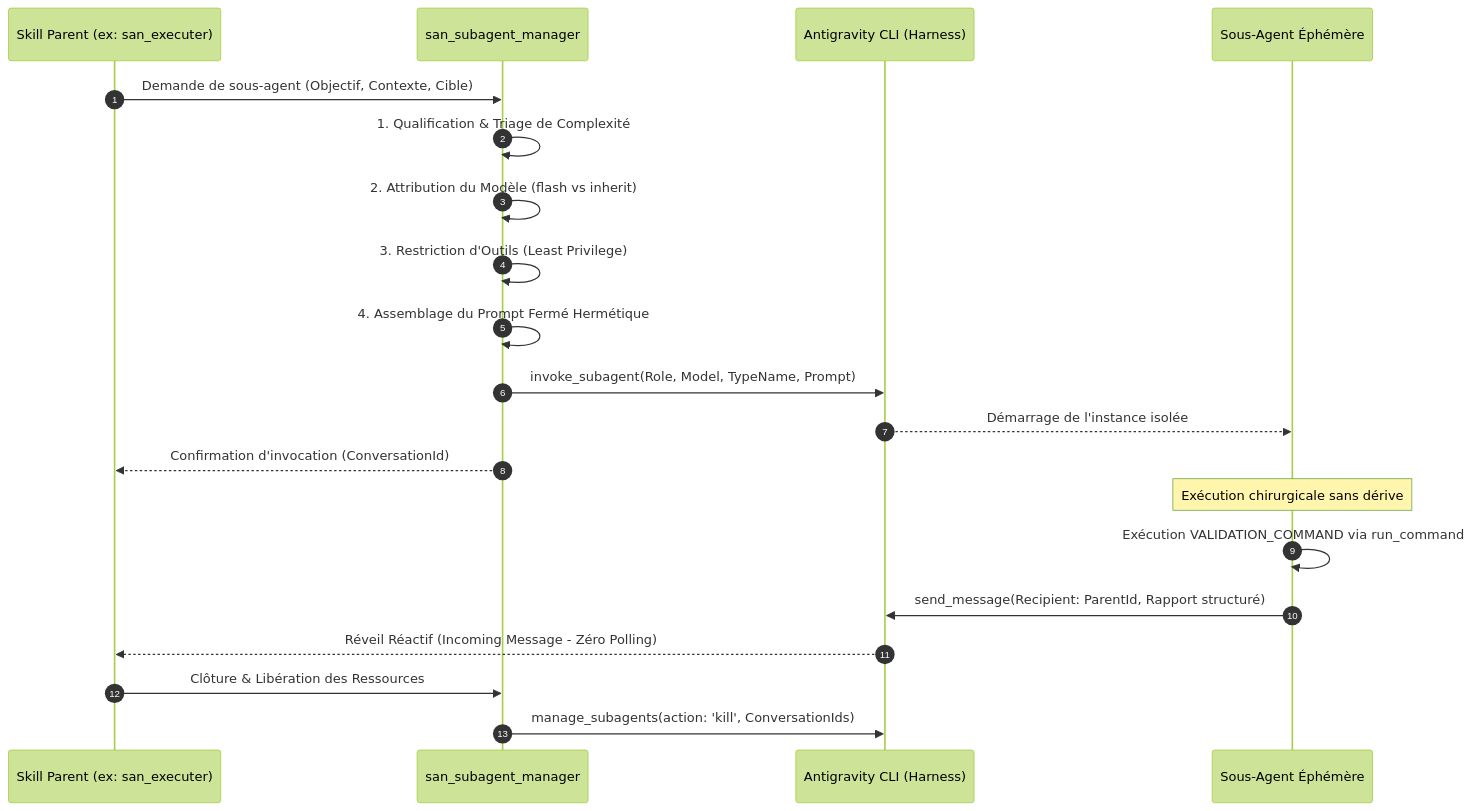
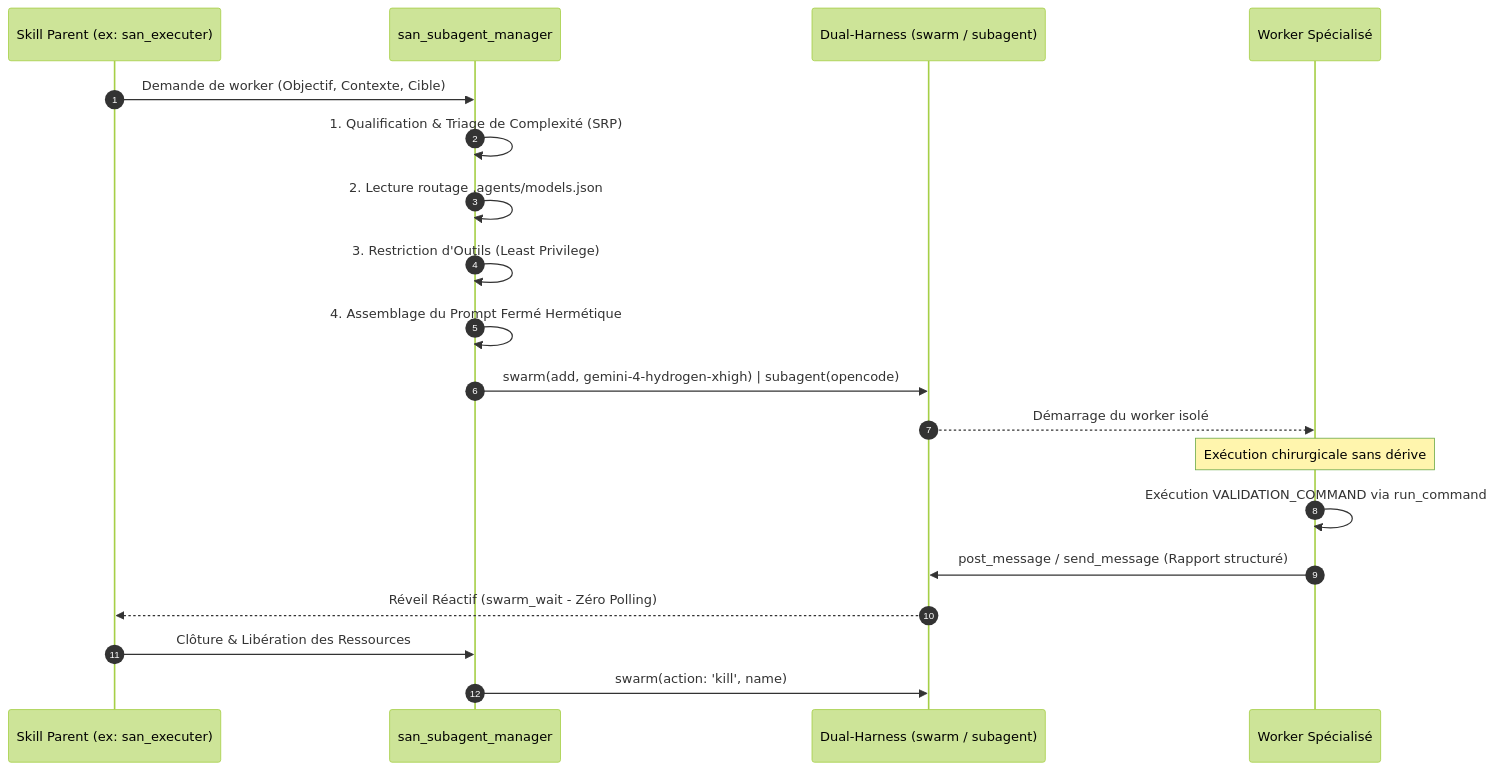
One commit to alexsan-dev/san_agy_framework changed the second of 3 diagrams in sub-skills/san_subagent_manager.md. Above: the diagram before and after it, drawn with Mermaid (forest theme). The commit also changed other lines of this file and 69 other files, not shown here.

Commit message:
release(v2.2.0): dual-harness Antigravity + OpenCode V2, models CLI, san_transcriber & cognitive unshackling

````diff
--- a/sub-skills/san_subagent_manager.md
+++ b/sub-skills/san_subagent_manager.md
@@ -184,23 +186,22 @@
 ```mermaid
 sequenceDiagram
     autonumber
     participant Parent as Skill Parent (ex: san_executer)
     participant Manager as san_subagent_manager
-    participant Harness as Antigravity CLI (Harness)
-    participant Sub as Sous-Agent Éphémère
+    participant Harness as Dual-Harness (swarm / subagent)
+    participant Sub as Worker Spécialisé
 
-    Parent->>Manager: Demande de sous-agent (Objectif, Contexte, Cible)
-    Manager->>Manager: 1. Qualification & Triage de Complexité
-    Manager->>Manager: 2. Attribution du Modèle (flash vs inherit)
+    Parent->>Manager: Demande de worker (Objectif, Contexte, Cible)
+    Manager->>Manager: 1. Qualification & Triage de Complexité (SRP)
+    Manager->>Manager: 2. Lecture routage .agents/models.json
     Manager->>Manager: 3. Restriction d'Outils (Least Privilege)
     Manager->>Manager: 4. Assemblage du Prompt Fermé Hermétique
-    Manager->>Harness: invoke_subagent(Role, Model, TypeName, Prompt)
-    Harness-->>Sub: Démarrage de l'instance isolée
-    Manager-->>Parent: Confirmation d'invocation (ConversationId)
+    Manager->>Harness: swarm(add, gemini-4-hydrogen-xhigh) | subagent(opencode)
+    Harness-->>Sub: Démarrage du worker isolé
     Note over Sub: Exécution chirurgicale sans dérive
     Sub->>Sub: Exécution VALIDATION_COMMAND via run_command
-    Sub->>Harness: send_message(Recipient: ParentId, Rapport structuré)
-    Harness-->>Parent: Réveil Réactif (Incoming Message - Zéro Polling)
+    Sub->>Harness: post_message / send_message (Rapport structuré)
+    Harness-->>Parent: Réveil Réactif (swarm_wait - Zéro Polling)
     Parent->>Manager: Clôture & Libération des Ressources
-    Manager->>Harness: manage_subagents(action: 'kill', ConversationIds)
+    Manager->>Harness: swarm(action: 'kill', name)
 ```
````
